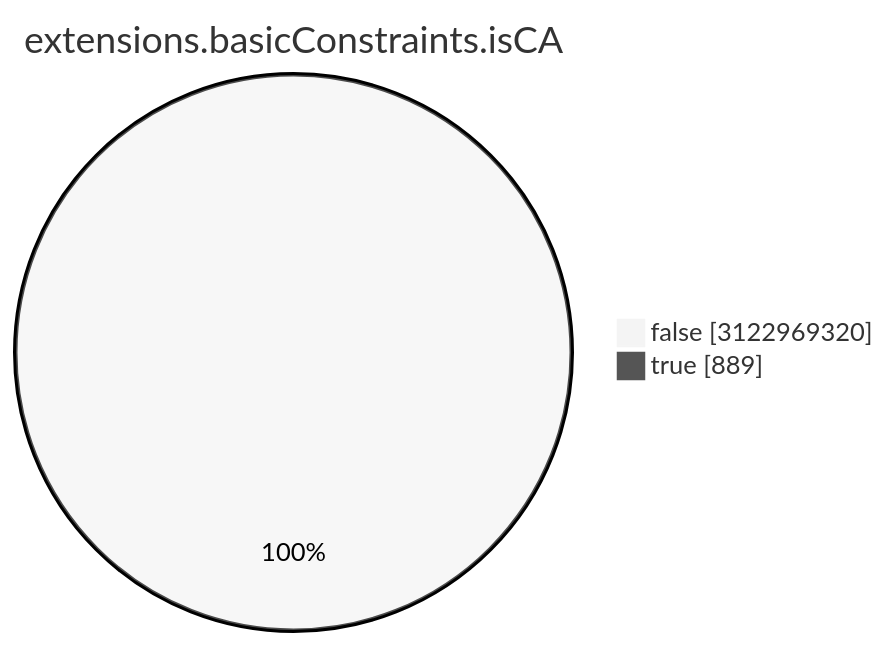
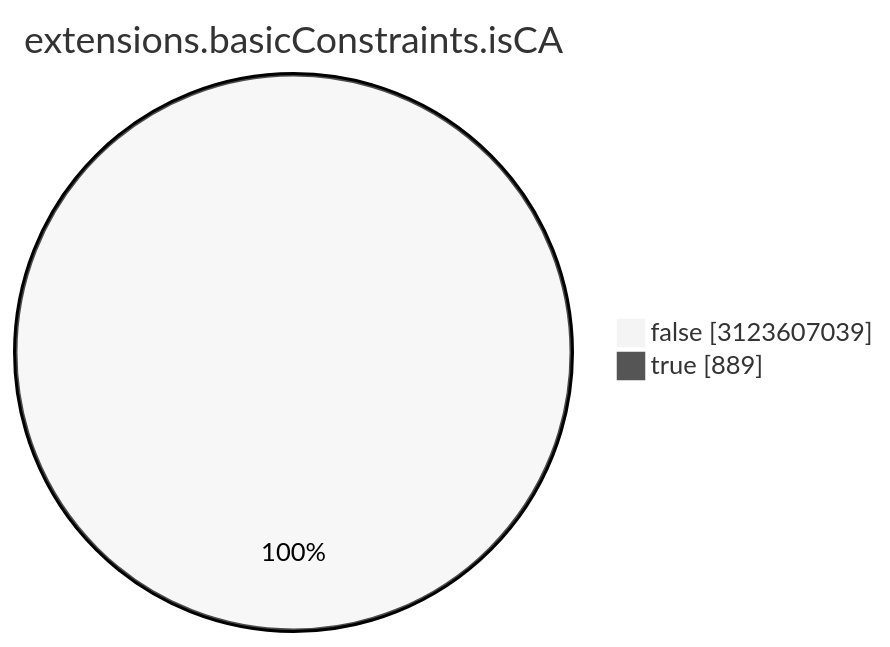
The seventh of 15 diagrams in TOTAL/README.md (christiankrug/ctmonitor_visualization), drawn with Mermaid (neutral theme) before and after one commit. The commit also changed other lines of this file, not shown here.

````diff
--- a/TOTAL/README.md
+++ b/TOTAL/README.md
@@ -3088,6 +3088,6 @@
 ```mermaid
 pie showData
 title extensions.basicConstraints.isCA
-"false" :3122969320
+"false" :3123607039
 "true" :889
 ```
````
